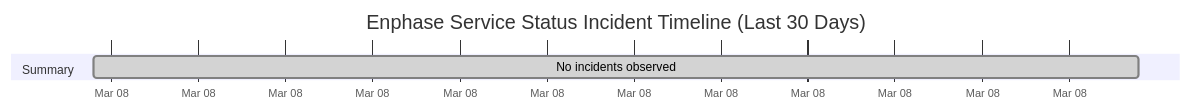
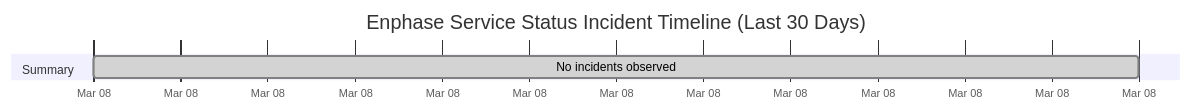
The diagram in wiki/Service-Status-History.md (barneyonline/ha-enphase-ev-charger), drawn with Mermaid before and after one commit. The commit also changed other lines of this file and 3 other files, not shown here.

````diff
--- a/wiki/Service-Status-History.md
+++ b/wiki/Service-Status-History.md
@@ -14,8 +14,8 @@
 ```mermaid
 gantt
     title Enphase Service Status Incident Timeline (Last 30 Days)
     dateFormat  YYYY-MM-DDTHH:mm:ss
     axisFormat  %b %d
     section Summary
-    No incidents observed :done, 2026-03-08T11:13:39, 1m
+    No incidents observed :done, 2026-03-08T12:28:20, 1m
 ```
````
